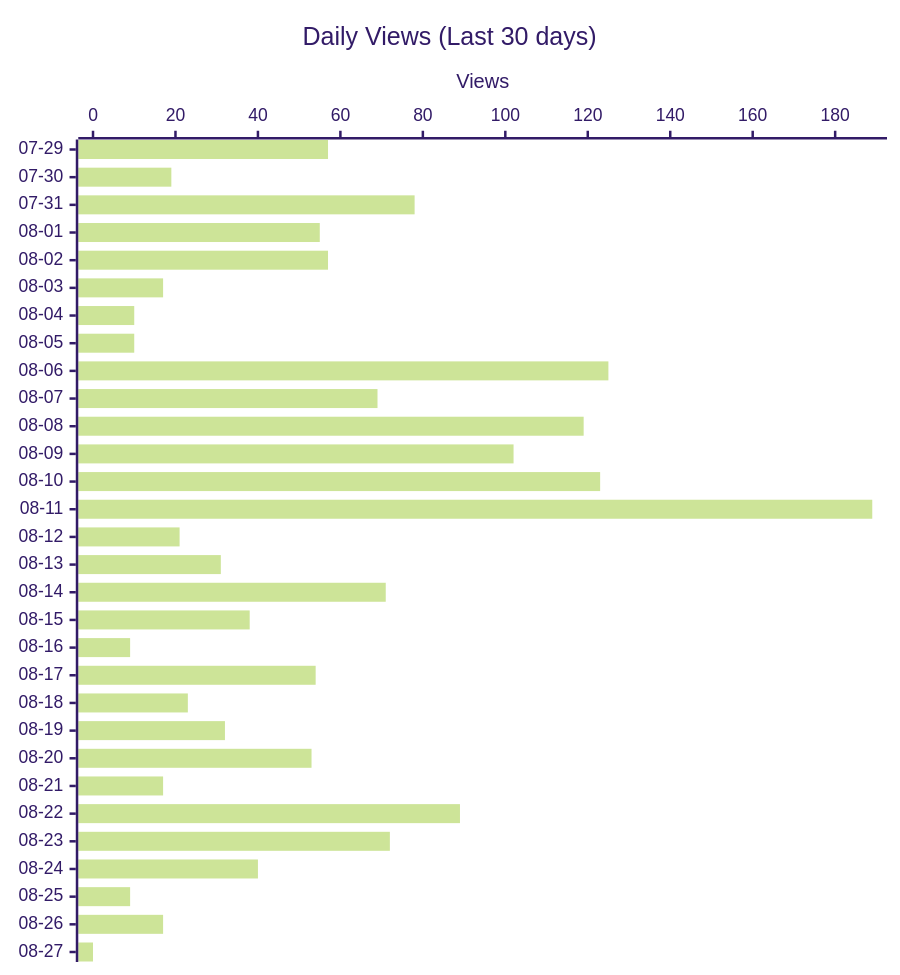
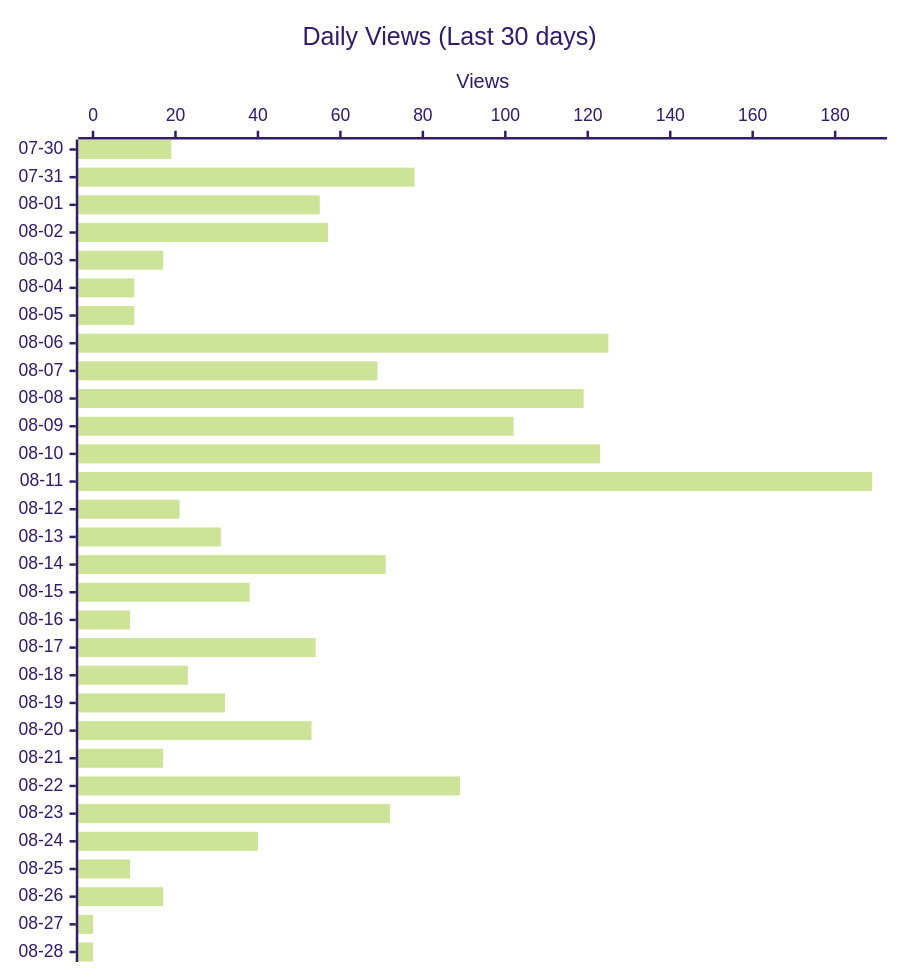
Before and after one commit to shigechika/github-insights: the second of 4 diagrams in README.md, drawn with Mermaid (forest theme). The commit also changed other lines of this file and 2 other files, not shown here.

````diff
--- a/README.md
+++ b/README.md
@@ -28,12 +28,12 @@
 ```mermaid
 ---
 config:
   xyChart:
     height: 760
 ---
 xychart-beta horizontal
     title "Daily Views (Last 30 days)"
-    x-axis ["07-29", "07-30", "07-31", "08-01", "08-02", "08-03", "08-04", "08-05", "08-06", "08-07", "08-08", "08-09", "08-10", "08-11", "08-12", "08-13", "08-14", "08-15", "08-16", "08-17", "08-18", "08-19", "08-20", "08-21", "08-22", "08-23", "08-24", "08-25", "08-26", "08-27"]
+    x-axis ["07-30", "07-31", "08-01", "08-02", "08-03", "08-04", "08-05", "08-06", "08-07", "08-08", "08-09", "08-10", "08-11", "08-12", "08-13", "08-14", "08-15", "08-16", "08-17", "08-18", "08-19", "08-20", "08-21", "08-22", "08-23", "08-24", "08-25", "08-26", "08-27", "08-28"]
     y-axis "Views"
-    bar [57, 19, 78, 55, 57, 17, 10, 10, 125, 69, 119, 102, 123, 189, 21, 31, 71, 38, 9, 54, 23, 32, 53, 17, 89, 72, 40, 9, 17, 0]
+    bar [19, 78, 55, 57, 17, 10, 10, 125, 69, 119, 102, 123, 189, 21, 31, 71, 38, 9, 54, 23, 32, 53, 17, 89, 72, 40, 9, 17, 0, 0]
 ```
````
